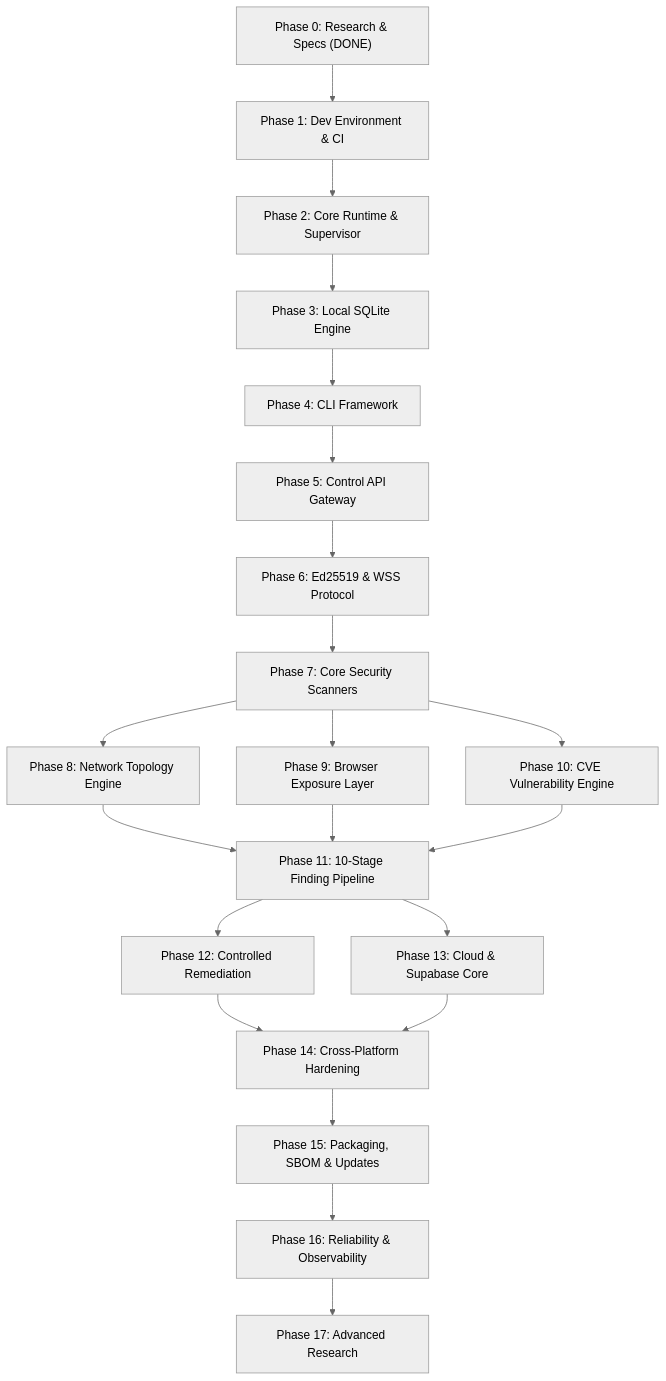
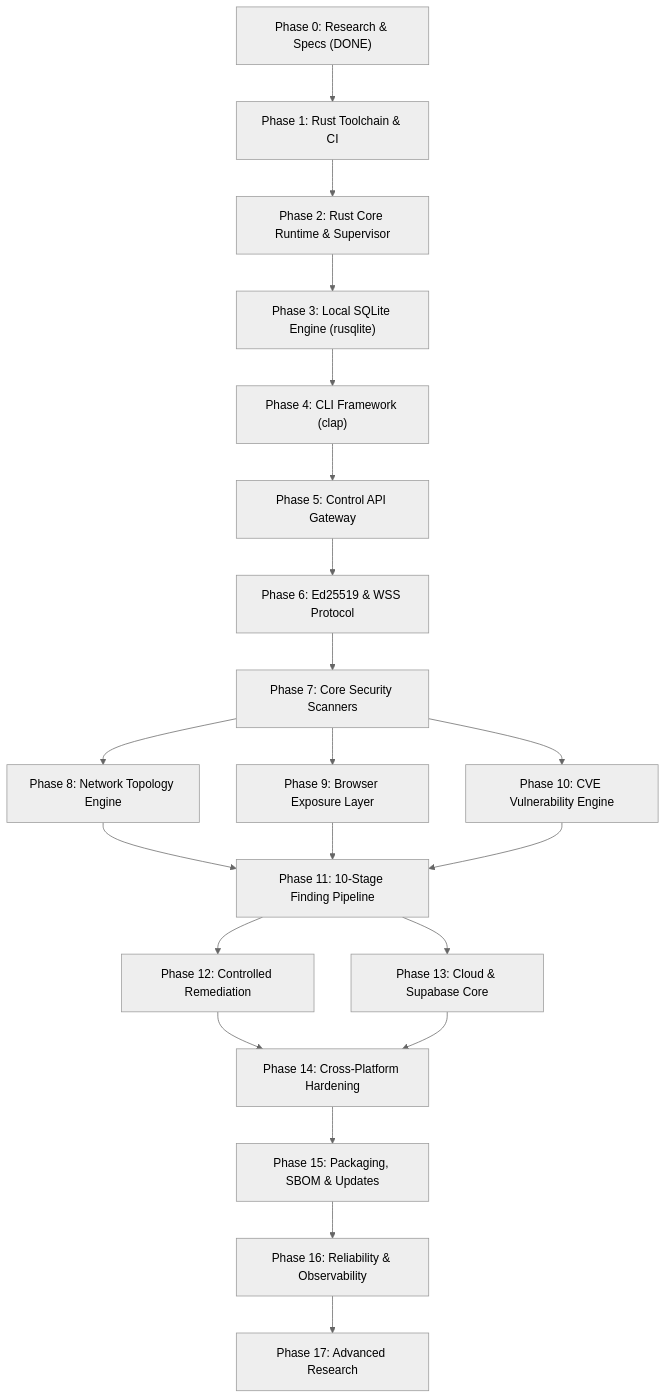
The second of 2 diagrams in docs/PHASES.md (Subhadip-Paul2006/NETRA-Backend), drawn with Mermaid (neutral theme) before and after one commit. The commit also changed other lines of this file and 13 other files, not shown here.

Commit message:
docs: finalize Rust-first systems architecture lock across all 16 specifications

````diff
--- a/docs/PHASES.md
+++ b/docs/PHASES.md
@@ -83,24 +83,24 @@
 ```mermaid
 flowchart TD
-    P0["Phase 0: Research & Specs (DONE)"] --> P1["Phase 1: Dev Environment & CI"]
-    P1 --> P2["Phase 2: Core Runtime & Supervisor"]
-    P2 --> P3["Phase 3: Local SQLite Engine"]
-    P3 --> P4["Phase 4: CLI Framework"]
+    P0["Phase 0: Research & Specs (DONE)"] --> P1["Phase 1: Rust Toolchain & CI"]
+    P1 --> P2["Phase 2: Rust Core Runtime & Supervisor"]
+    P2 --> P3["Phase 3: Local SQLite Engine (rusqlite)"]
+    P3 --> P4["Phase 4: CLI Framework (clap)"]
     
     P4 --> P5["Phase 5: Control API Gateway"]
     P5 --> P6["Phase 6: Ed25519 & WSS Protocol"]
     
     P6 --> P7["Phase 7: Core Security Scanners"]
     P7 --> P8["Phase 8: Network Topology Engine"]
     P7 --> P9["Phase 9: Browser Exposure Layer"]
     P7 --> P10["Phase 10: CVE Vulnerability Engine"]
     
     P8 & P9 & P10 --> P11["Phase 11: 10-Stage Finding Pipeline"]
     P11 --> P12["Phase 12: Controlled Remediation"]
     P11 --> P13["Phase 13: Cloud & Supabase Core"]
     
     P12 & P13 --> P14["Phase 14: Cross-Platform Hardening"]
     P14 --> P15["Phase 15: Packaging, SBOM & Updates"]
     P15 --> P16["Phase 16: Reliability & Observability"]
     P16 --> P17["Phase 17: Advanced Research"]
 ```
````
